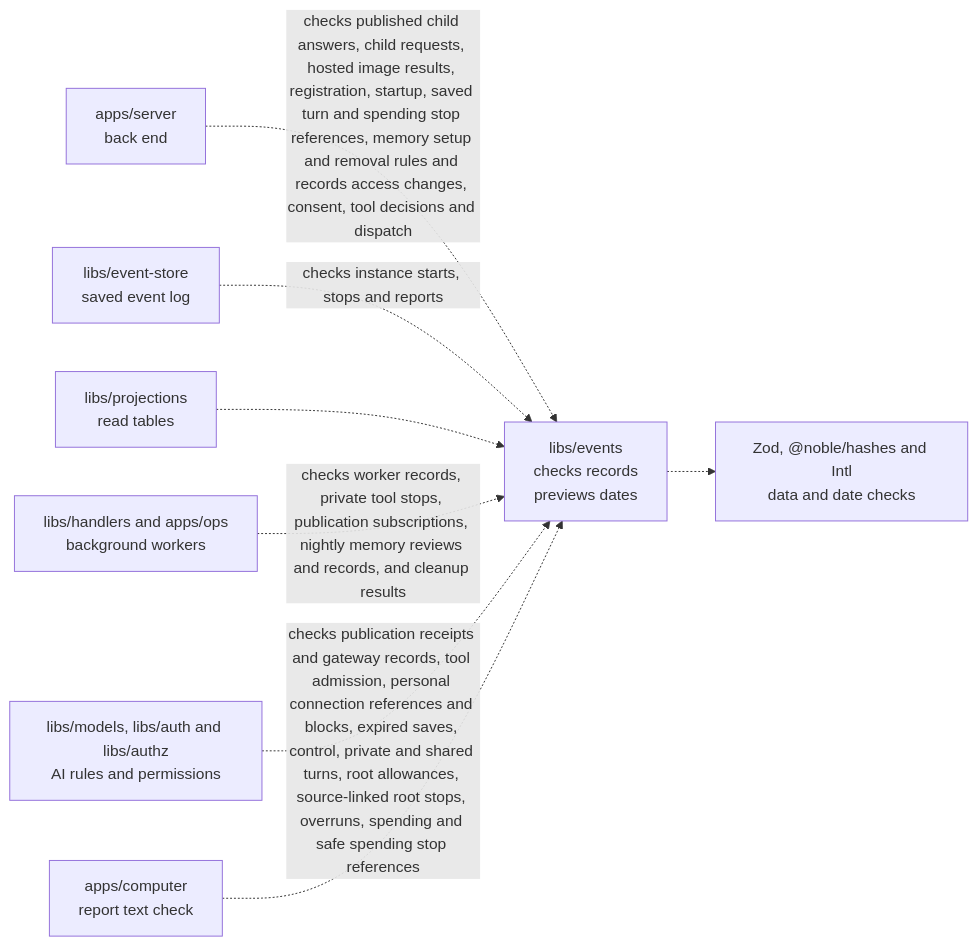
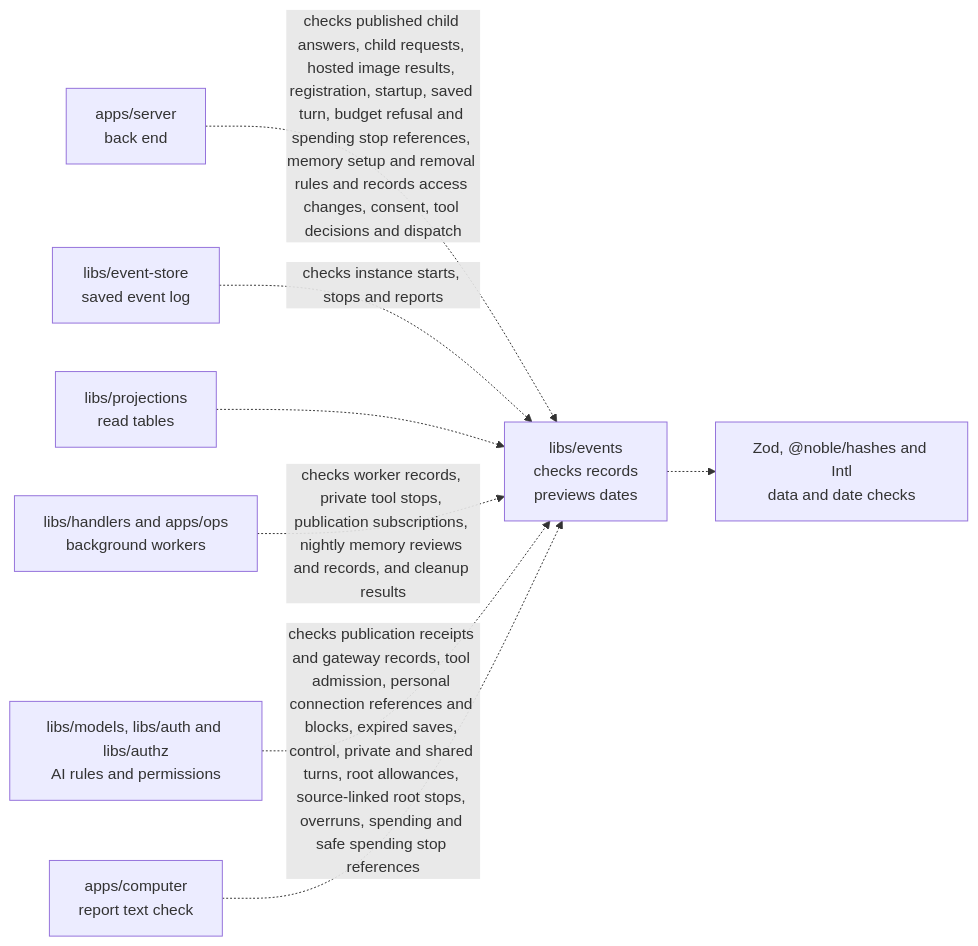
Before and after one commit to elewa-git/opencrane-new: the diagram in libs/events/README.md, drawn with Mermaid. The commit also changed other lines of this file and 15 other files, not shown here.

Commit message:
🛑 Keep budget notices when turn admission refuses a chat

````diff
--- a/libs/events/README.md
+++ b/libs/events/README.md
@@ -27,10 +27,10 @@
 ```mermaid
 flowchart LR
-  server["apps/server<br/>back end"] -.->|checks published child answers, child requests, hosted image results, registration, startup, saved turn and spending stop references, memory setup and removal rules and records access changes, consent, tool decisions and dispatch| events["libs/events<br/>checks records<br/>previews dates"]
+  server["apps/server<br/>back end"] -.->|checks published child answers, child requests, hosted image results, registration, startup, saved turn, budget refusal and spending stop references, memory setup and removal rules and records access changes, consent, tool decisions and dispatch| events["libs/events<br/>checks records<br/>previews dates"]
   store["libs/event-store<br/>saved event log"] -.->|checks instance starts, stops and reports| events
   projections["libs/projections<br/>read tables"] -.-> events
   workers["libs/handlers and apps/ops<br/>background workers"] -.->|checks worker records, private tool stops, publication subscriptions, nightly memory reviews and records, and cleanup results| events
   others["libs/models, libs/auth and libs/authz<br/>AI rules and permissions"] -.->|checks publication receipts and gateway records, tool admission, personal connection references and blocks, expired saves, control, private and shared turns, root allowances, source-linked root stops, overruns, spending and safe spending stop references| events
   computer["apps/computer<br/>report text check"] -.-> events
   events -.-> checks["Zod, @noble/hashes and Intl<br/>data and date checks"]
 ```
````
